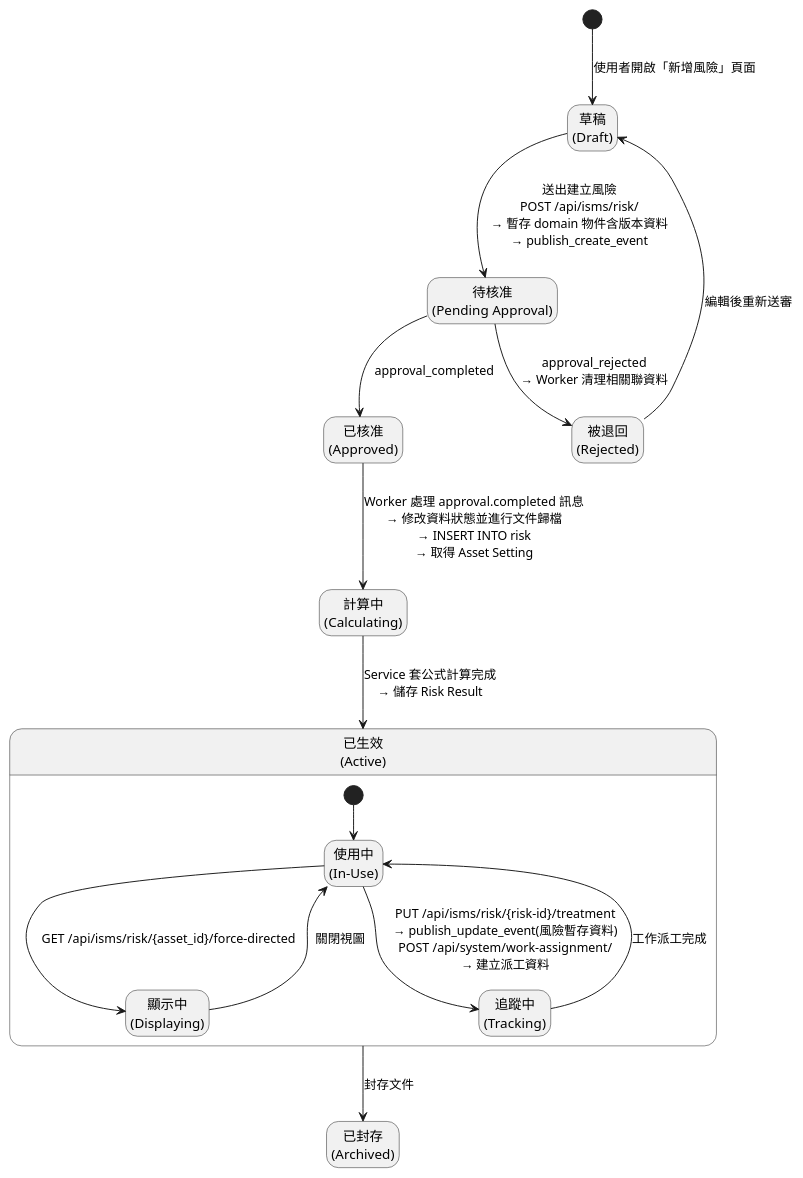
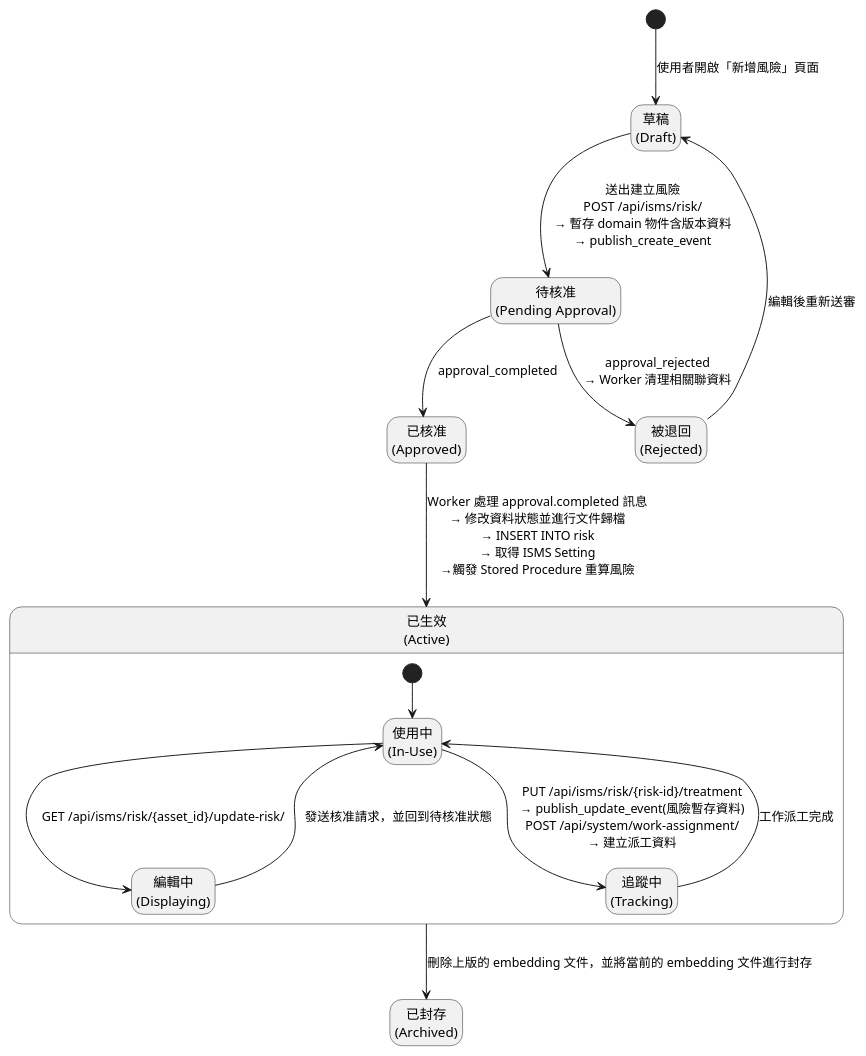
Before and after one commit to walle45611/NTUB_SecuManag_Diagram: the diagram in plantUML/state/risk.puml, drawn with PlantUML. The commit also changed 3 other files, not shown here.

Commit message:
feat: 更新資產、ISMS 設定、風險及版本管理的狀態圖，調整 API 路徑及描述以反映最新的業務邏輯

```diff
--- a/plantUML/state/risk.puml
+++ b/plantUML/state/risk.puml
@@ -1,37 +1,35 @@
 @startuml
 
 hide empty description
 
 [*] --> Draft : 使用者開啟「新增風險」頁面
 state "草稿\n(Draft)" as Draft <<draft>>
 
 Draft --> PendingApproval : 送出建立風險\nPOST /api/isms/risk/\n→ 暫存 domain 物件含版本資料\n→ publish_create_event
 state "待核准\n(Pending Approval)" as PendingApproval <<approval>>
 
 PendingApproval --> Approved  : approval_completed
 PendingApproval --> Rejected  : approval_rejected\n→ Worker 清理相關聯資料
 state "被退回\n(Rejected)" as Rejected <<error>>
 Rejected --> Draft : 編輯後重新送審
 
 state "已核准\n(Approved)" as Approved <<approval>>
-Approved --> Calculating : Worker 處理 approval.completed 訊息\n→ 修改資料狀態並進行文件歸檔\n→ INSERT INTO risk\n→ 取得 Asset Setting
-state "計算中\n(Calculating)" as Calculating <<calc>>
+Approved --> Active : Worker 處理 approval.completed 訊息\n→ 修改資料狀態並進行文件歸檔\n→ INSERT INTO risk\n→ 取得 ISMS Setting\n→觸發 Stored Procedure 重算風險
 
-Calculating --> Active : Service 套公式計算完成\n→ 儲存 Risk Result
 state "已生效\n(Active)" as Active <<active>> {
   [*] --> InUse
   state "使用中\n(In-Use)" as InUse
 
-  InUse --> Displaying : GET /api/isms/risk/{asset_id}/force-directed
-  state "顯示中\n(Displaying)" as Displaying <<display>>
-  Displaying --> InUse : 關閉視圖
+  InUse --> Displaying : GET /api/isms/risk/{asset_id}/update-risk/
+  state "編輯中\n(Displaying)" as Displaying <<display>>
+  Displaying --> InUse : 發送核准請求，並回到待核准狀態
 
   InUse --> Tracking : PUT /api/isms/risk/{risk-id}/treatment\n→ publish_update_event(風險暫存資料)\nPOST /api/system/work-assignment/\n→ 建立派工資料
   state "追蹤中\n(Tracking)" as Tracking
   Tracking --> InUse : 工作派工完成
 }
 
-Active --> Archived : 封存文件
+Active --> Archived : 刪除上版的 embedding 文件，並將當前的 embedding 文件進行封存
 state "已封存\n(Archived)" as Archived <<terminal>>
 
 @enduml
```
